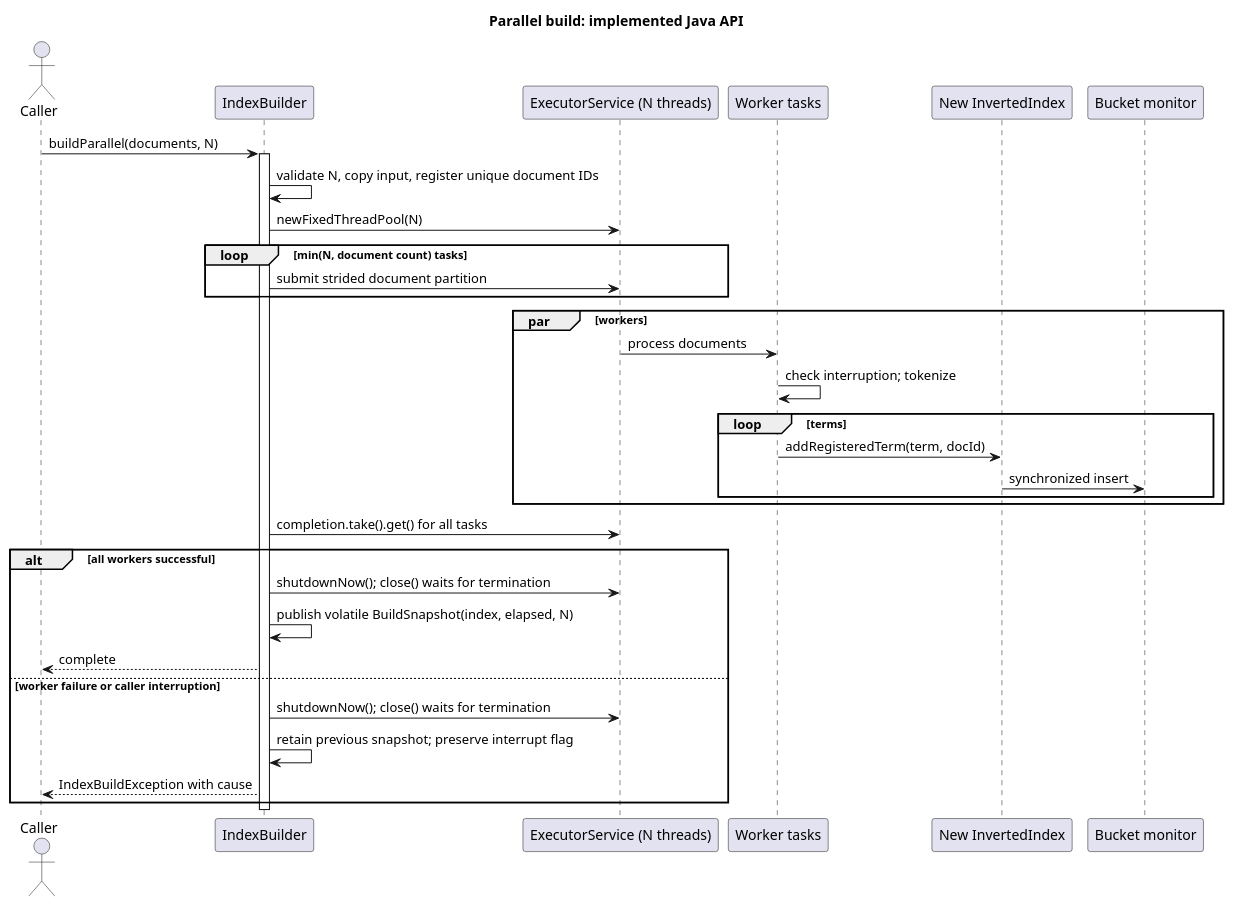
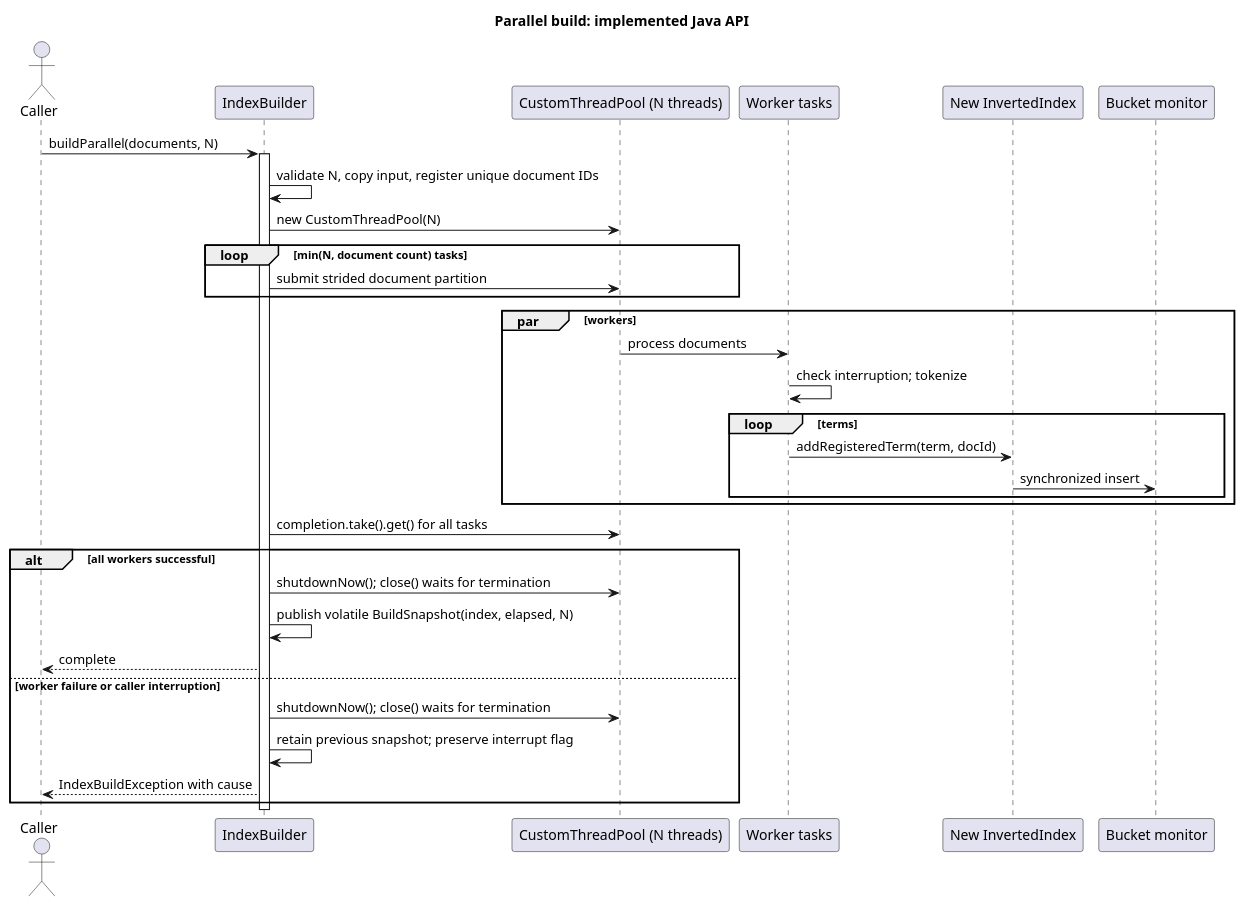
Before and after one commit to bebroidrur/Coursework_Parallel_Computing: the diagram in diagrams/sequence_diagram.puml, drawn with PlantUML. The commit also changed 47 other files, not shown here.

```diff
--- a/diagrams/sequence_diagram.puml
+++ b/diagrams/sequence_diagram.puml
@@ -1,35 +1,35 @@
 @startuml
 title Parallel build: implemented Java API
 actor Caller
 participant IndexBuilder as Builder
-participant "ExecutorService (N threads)" as Pool
+participant "CustomThreadPool (N threads)" as Pool
 participant "Worker tasks" as Workers
 participant "New InvertedIndex" as Index
 participant "Bucket monitor" as Bucket
 Caller -> Builder: buildParallel(documents, N)
 activate Builder
 Builder -> Builder: validate N, copy input, register unique document IDs
-Builder -> Pool: newFixedThreadPool(N)
+Builder -> Pool: new CustomThreadPool(N)
 loop min(N, document count) tasks
  Builder -> Pool: submit strided document partition
 end
 par workers
  Pool -> Workers: process documents
  Workers -> Workers: check interruption; tokenize
  loop terms
   Workers -> Index: addRegisteredTerm(term, docId)
   Index -> Bucket: synchronized insert
  end
 end
 Builder -> Pool: completion.take().get() for all tasks
 alt all workers successful
  Builder -> Pool: shutdownNow(); close() waits for termination
  Builder -> Builder: publish volatile BuildSnapshot(index, elapsed, N)
  Builder --> Caller: complete
 else worker failure or caller interruption
  Builder -> Pool: shutdownNow(); close() waits for termination
  Builder -> Builder: retain previous snapshot; preserve interrupt flag
  Builder --> Caller: IndexBuildException with cause
 end
 deactivate Builder
 @enduml
```
